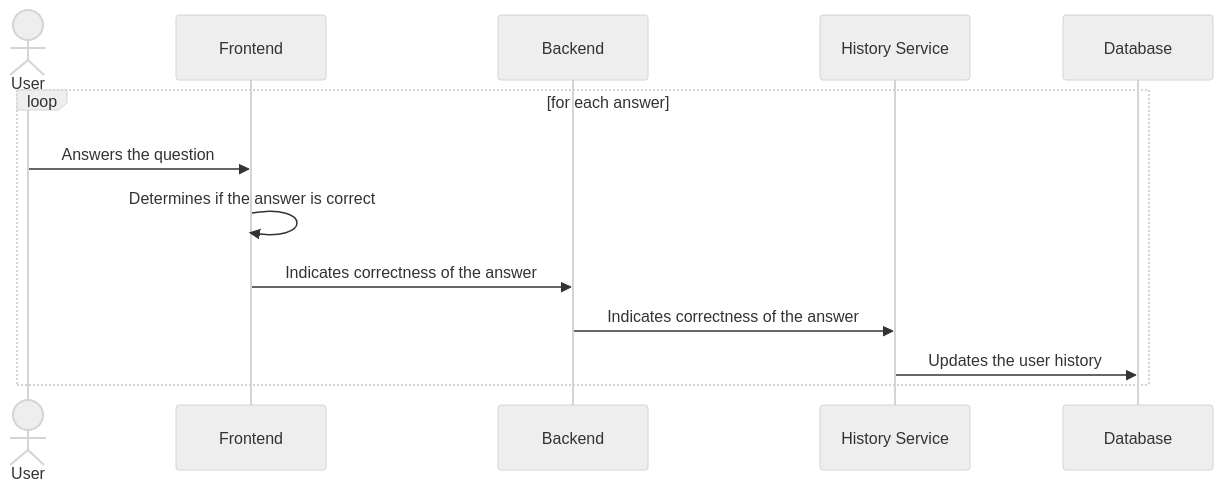
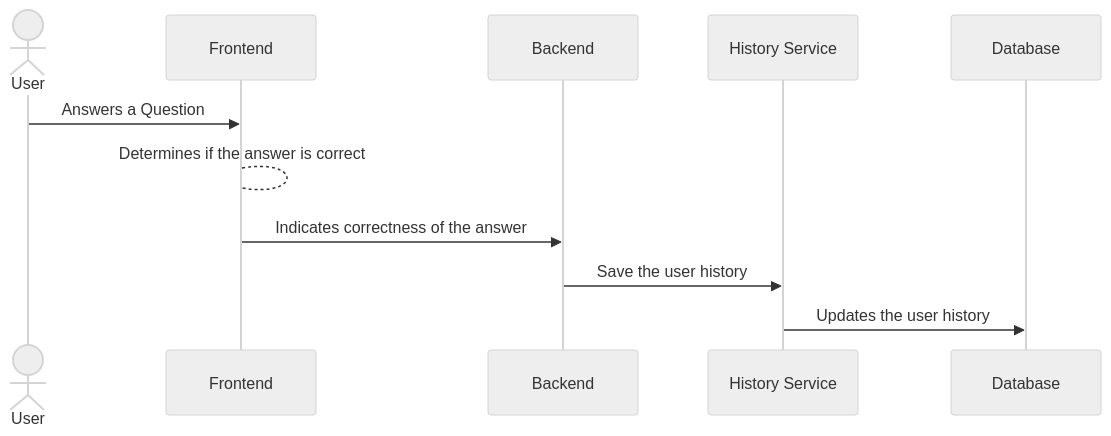
One commit to Arquisoft/wiq_en3b changed the third of 3 diagrams in docs/src/06_runtime_view.adoc. Above: the diagram before and after it, drawn with Mermaid (neutral theme). The commit also changed other lines of this file, not shown here.

Commit message:
Modified User Statistic Recording Scenario

```diff
--- a/docs/src/06_runtime_view.adoc
+++ b/docs/src/06_runtime_view.adoc
@@ -111,17 +111,15 @@
 [mermaid]
 ....
  sequenceDiagram
     actor U as User
     participant FE as Frontend 
     participant BE as Backend 
     participant HS as History Service
     participant DB as Database 
 
-    loop for each answer
-        U->>FE: Answers the question
-        FE->>FE: Determines if the answer is correct
-        FE->>BE: Indicates correctness of the answer
-        BE->>HS: Indicates correctness of the answer
-        HS->>DB: Updates the user history
-    end 
+    U->>FE: Answers a Question
+    FE-->FE: Determines if the answer is correct
+    FE->>BE: Indicates correctness of the answer
+    BE->>HS: Save the user history
+    HS->>DB: Updates the user history
 ....
```
